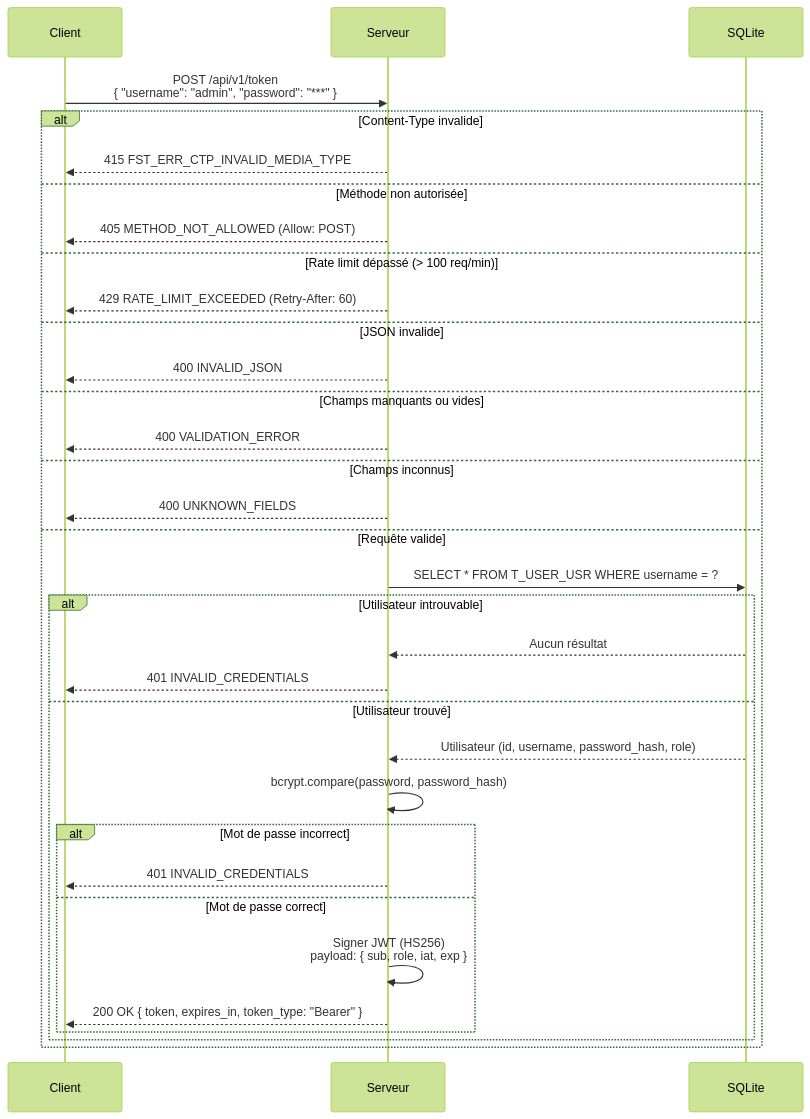
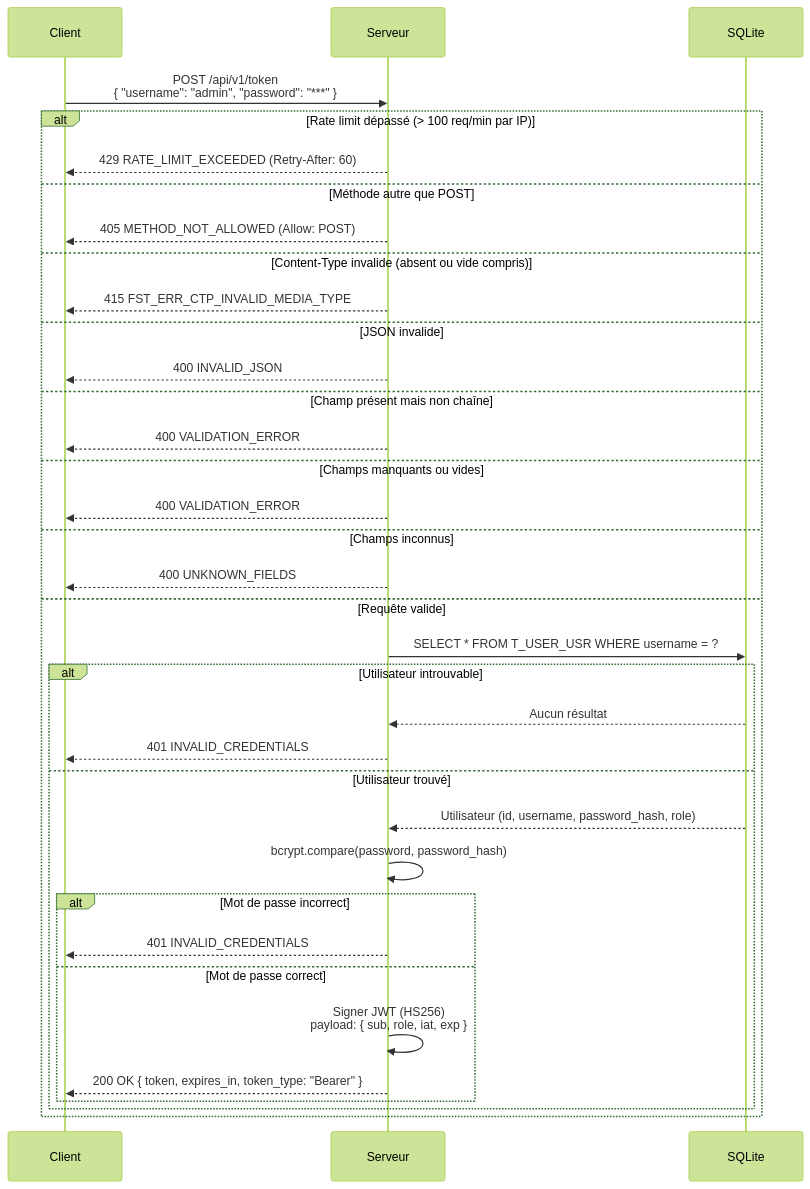
The diagram in docs/specs/diagrams/US-003-authentication-token-sequence.mmd (ODehel/quiz-live-server), drawn with Mermaid before and after one commit. The commit also changed 8 other files, not shown here.

```diff
--- a/docs/specs/diagrams/US-003-authentication-token-sequence.mmd
+++ b/docs/specs/diagrams/US-003-authentication-token-sequence.mmd
@@ -1,36 +1,38 @@
 %%{init: {"theme": "forest"}}%%
 sequenceDiagram
     participant C as Client
     participant S as Serveur
     participant DB as SQLite
 
     C->>S: POST /api/v1/token<br/>{ "username": "admin", "password": "***" }
 
-    alt Content-Type invalide
+    alt Rate limit dépassé (> 100 req/min par IP)
+        S-->>C: 429 RATE_LIMIT_EXCEEDED (Retry-After: 60)
+    else Méthode autre que POST
+        S-->>C: 405 METHOD_NOT_ALLOWED (Allow: POST)
+    else Content-Type invalide (absent ou vide compris)
         S-->>C: 415 FST_ERR_CTP_INVALID_MEDIA_TYPE
-    else Méthode non autorisée
-        S-->>C: 405 METHOD_NOT_ALLOWED (Allow: POST)
-    else Rate limit dépassé (> 100 req/min)
-        S-->>C: 429 RATE_LIMIT_EXCEEDED (Retry-After: 60)
     else JSON invalide
         S-->>C: 400 INVALID_JSON
+    else Champ présent mais non chaîne
+        S-->>C: 400 VALIDATION_ERROR
     else Champs manquants ou vides
         S-->>C: 400 VALIDATION_ERROR
     else Champs inconnus
         S-->>C: 400 UNKNOWN_FIELDS
     else Requête valide
         S->>DB: SELECT * FROM T_USER_USR WHERE username = ?
         alt Utilisateur introuvable
             DB-->>S: Aucun résultat
             S-->>C: 401 INVALID_CREDENTIALS
         else Utilisateur trouvé
             DB-->>S: Utilisateur (id, username, password_hash, role)
             S->>S: bcrypt.compare(password, password_hash)
             alt Mot de passe incorrect
                 S-->>C: 401 INVALID_CREDENTIALS
             else Mot de passe correct
                 S->>S: Signer JWT (HS256)<br/>payload: { sub, role, iat, exp }
                 S-->>C: 200 OK { token, expires_in, token_type: "Bearer" }
             end
         end
     end
```
